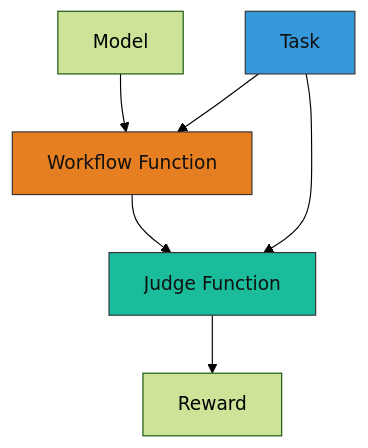
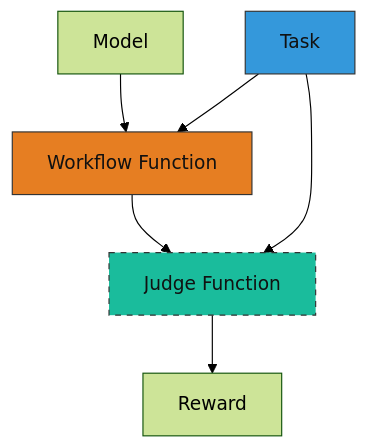
Before and after one commit to Kanaricc/agentscope: the diagram in examples/training/react_agent/README.md, drawn with Mermaid (forest theme). The commit also changed 2 other files, not shown here.

Commit message:
fix eval tasksets

````diff
--- a/examples/training/react_agent/README.md
+++ b/examples/training/react_agent/README.md
@@ -18,15 +18,15 @@
 ```mermaid
 flowchart TD
     Model[Model] --> WorkflowFunction[Workflow Function]
     WorkflowFunction --> JudgeFunction[Judge Function]
     Task[Task] --> WorkflowFunction
     Task[Task] --> JudgeFunction
     JudgeFunction --> Reward[Reward]
 
     classDef wfcolor fill:#e67e22,stroke:#333,color:#111;
-    classDef judgecolor fill:#1abc9c,stroke:#333,color:#111;
+    classDef judgecolor fill:#1abc9c,stroke:#333,color:#111,stroke-dasharray: 5 5;
     classDef taskcolor fill:#3498db,stroke:#333,color:#111;
     class WorkflowFunction wfcolor;
     class JudgeFunction judgecolor;
     class Task taskcolor;
 ```
````
